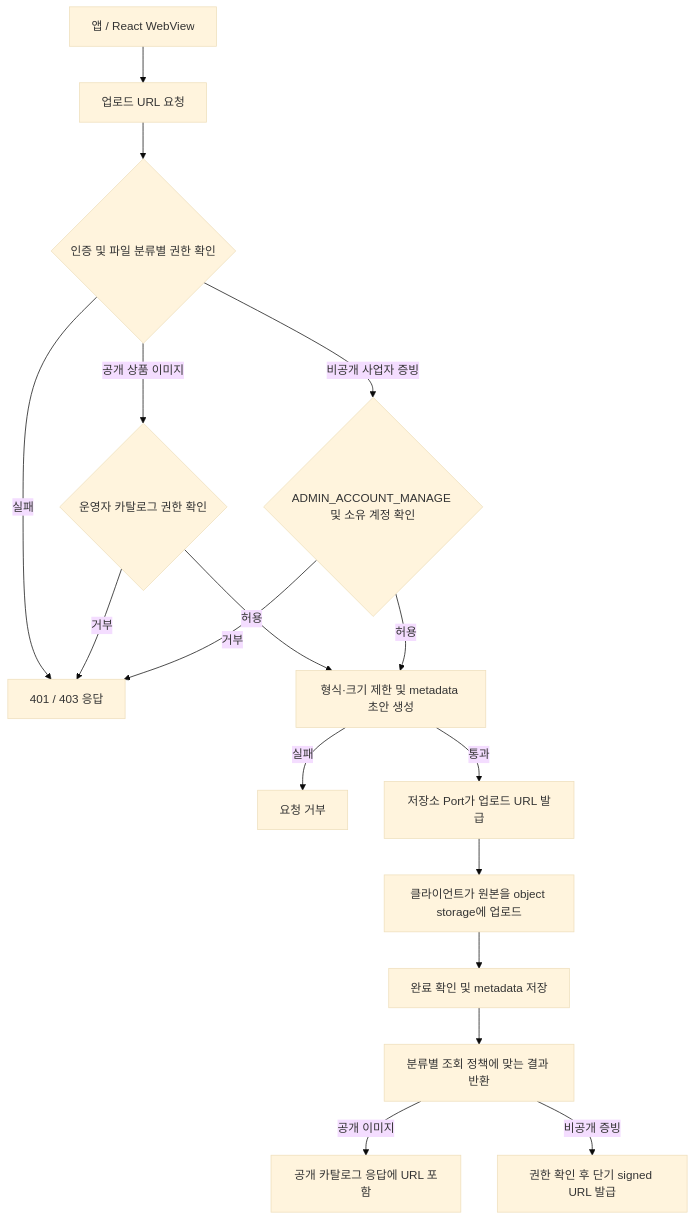
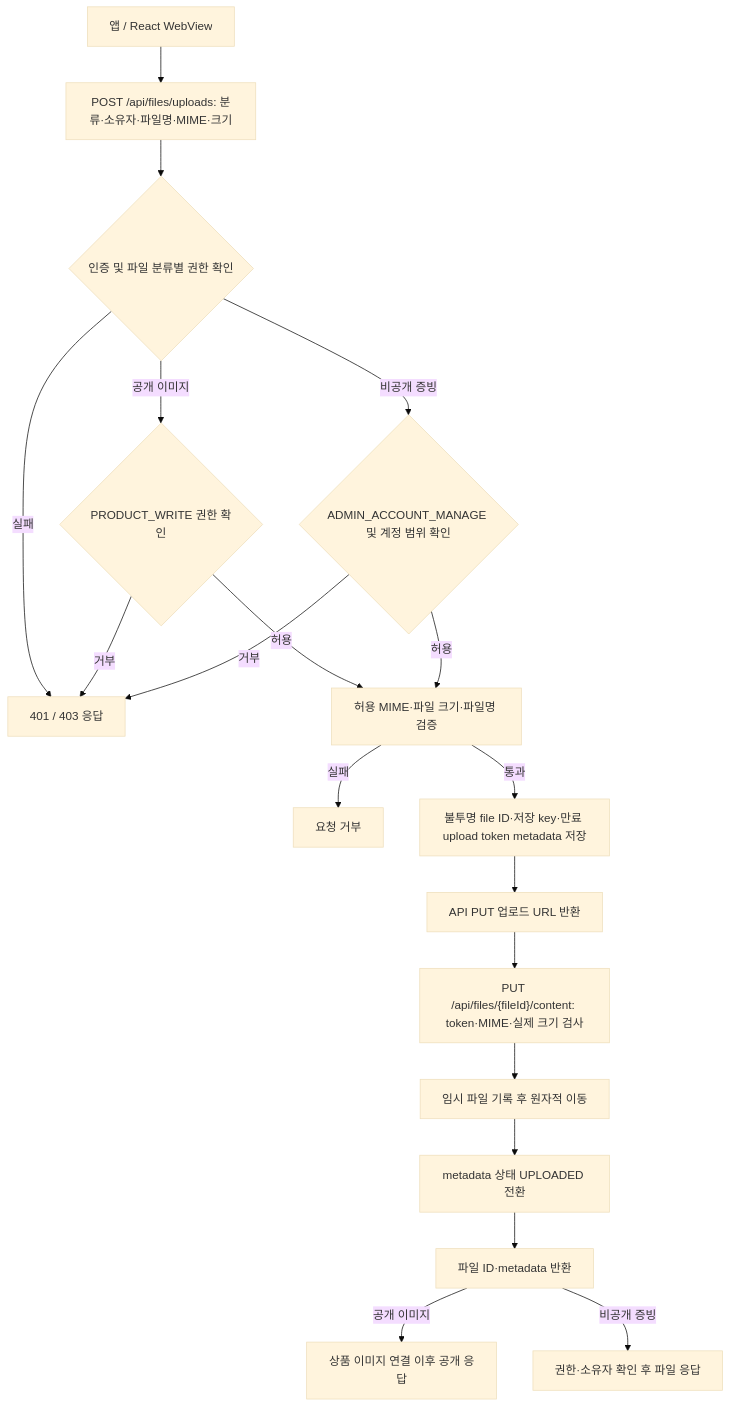
Before and after one commit to DongHyeonEom/umji-market-api: the diagram in docs/services/file.md, drawn with Mermaid (base theme). The commit also changed other lines of this file and 18 other files, not shown here.

````diff
--- a/docs/services/file.md
+++ b/docs/services/file.md
@@ -25,19 +22,21 @@
 ```mermaid
 flowchart TD
-    Client["앱 / React WebView"] --> Request["업로드 URL 요청"]
+    Client["앱 / React WebView"] --> Request["POST /api/files/uploads: 분류·소유자·파일명·MIME·크기"]
     Request --> Auth{"인증 및 파일 분류별 권한 확인"}
     Auth -->|실패| Deny["401 / 403 응답"]
-    Auth -->|공개 상품 이미지| CatalogScope{"운영자 카탈로그 권한 확인"}
-    Auth -->|비공개 사업자 증빙| AccountScope{"ADMIN_ACCOUNT_MANAGE 및 소유 계정 확인"}
+    Auth -->|공개 이미지| CatalogScope{"PRODUCT_WRITE 권한 확인"}
+    Auth -->|비공개 증빙| AccountScope{"ADMIN_ACCOUNT_MANAGE 및 계정 범위 확인"}
     CatalogScope -->|거부| Deny
     AccountScope -->|거부| Deny
-    CatalogScope -->|허용| Validate
-    AccountScope -->|허용| Validate["형식·크기 제한 및 metadata 초안 생성"]
+    CatalogScope -->|허용| Validate["허용 MIME·파일 크기·파일명 검증"]
+    AccountScope -->|허용| Validate
     Validate -->|실패| Invalid["요청 거부"]
-    Validate -->|통과| Sign["저장소 Port가 업로드 URL 발급"]
-    Sign --> Upload["클라이언트가 원본을 object storage에 업로드"]
-    Upload --> Complete["완료 확인 및 metadata 저장"]
-    Complete --> Result["분류별 조회 정책에 맞는 결과 반환"]
-    Result -->|공개 이미지| Public["공개 카탈로그 응답에 URL 포함"]
-    Result -->|비공개 증빙| Private["권한 확인 후 단기 signed URL 발급"]
+    Validate -->|통과| Metadata["불투명 file ID·저장 key·만료 upload token metadata 저장"]
+    Metadata --> UploadUrl["API PUT 업로드 URL 반환"]
+    UploadUrl --> Upload["PUT /api/files/{fileId}/content: token·MIME·실제 크기 검사"]
+    Upload --> Store["임시 파일 기록 후 원자적 이동"]
+    Store --> Complete["metadata 상태 UPLOADED 전환"]
+    Complete --> Result["파일 ID·metadata 반환"]
+    Result -->|공개 이미지| Public["상품 이미지 연결 이후 공개 응답"]
+    Result -->|비공개 증빙| Private["권한·소유자 확인 후 파일 응답"]
 ```
````
